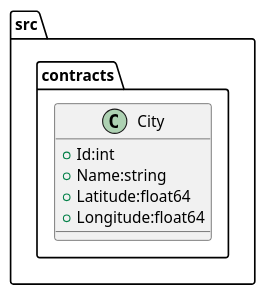
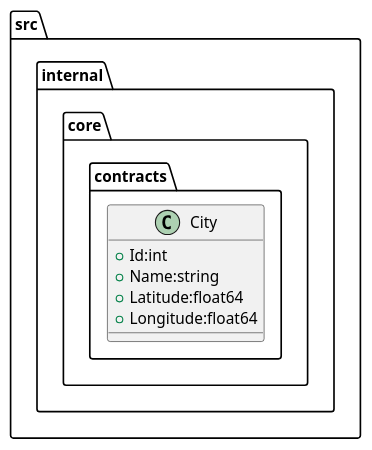
The diagram in docs/usecases/getforecastforcities/contracts/city.puml (micoyeye22/TUITechHomework), drawn with PlantUML before and after one commit. The commit also changed 14 other files, not shown here.

Commit message:
Developed usecase, added models and contracts, fixed diagram (#3)

```diff
--- a/docs/usecases/getforecastforcities/contracts/city.puml
+++ b/docs/usecases/getforecastforcities/contracts/city.puml
@@ -1,12 +1,12 @@
 @startuml
 
-package "src.contracts"{
+package "src.internal.core.contracts"{
     class City {
         + Id:int
         + Name:string
         + Latitude:float64
         + Longitude:float64
     }
 }
 
 @enduml
```
